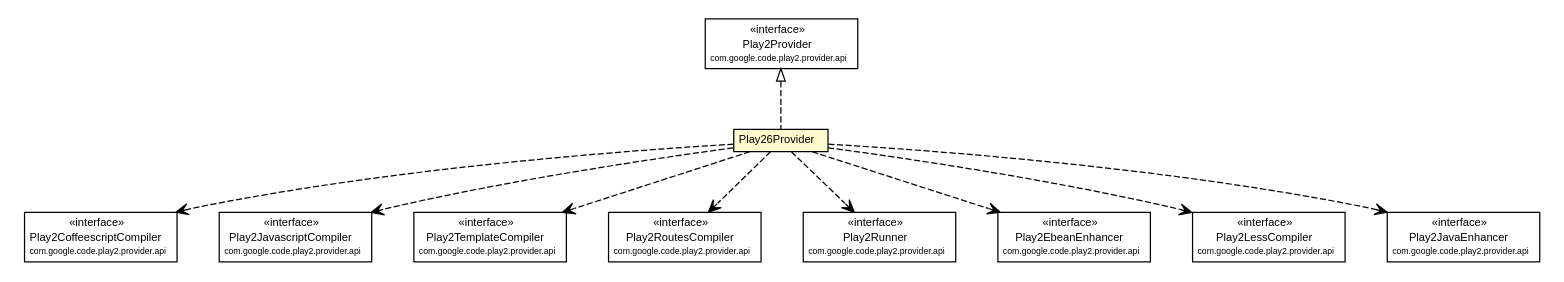
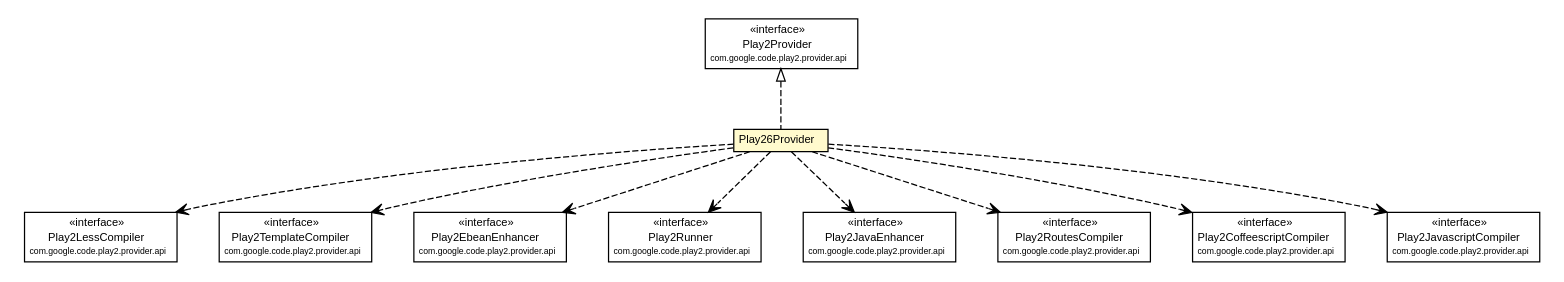
The diagram in play2-maven-plugin/1.0.0-beta7-SNAPSHOT/play2-providers/play2-provider-play26/apidocs/com/google/code/play2/provider/play26/Play26Provider.dot (play2-maven-plugin/play2-maven-plugin.github.io), drawn with Graphviz before and after one commit. The commit also changed 501 other files, not shown here.

```diff
--- a/play2-maven-plugin/1.0.0-beta7-SNAPSHOT/play2-providers/play2-provider-play26/apidocs/com/google/code/play2/provider/play26/Play26Provider.dot
+++ b/play2-maven-plugin/1.0.0-beta7-SNAPSHOT/play2-providers/play2-provider-play26/apidocs/com/google/code/play2/provider/play26/Play26Provider.dot
@@ -1,108 +1,108 @@
 #!/usr/local/bin/dot
 #
 # Class diagram 
 # Generated by UMLGraph version R5_6-24-gf6e263 (http://www.umlgraph.org/)
 #
 
 digraph G {
 	edge [fontname="arial",fontsize=10,labelfontname="arial",labelfontsize=10];
 	node [fontname="arial",fontsize=10,shape=plaintext];
 	nodesep=0.25;
 	ranksep=0.5;
 	// com.google.code.play2.provider.play26.Play26Provider
 	c401 [label=<<table title="com.google.code.play2.provider.play26.Play26Provider" border="0" cellborder="1" cellspacing="0" cellpadding="2" port="p" bgcolor="lemonChiffon" href="./Play26Provider.html">
 		<tr><td><table border="0" cellspacing="0" cellpadding="1">
 <tr><td align="center" balign="center"> Play26Provider </td></tr>
 		</table></td></tr>
 		</table>>, URL="./Play26Provider.html", fontname="arial", fontcolor="black", fontsize=9.0];
 	//com.google.code.play2.provider.play26.Play26Provider implements com.google.code.play2.provider.api.Play2Provider
 	c419:p -> c401:p [dir=back,arrowtail=empty,style=dashed];
+	// com.google.code.play2.provider.play26.Play26Provider DEPEND com.google.code.play2.provider.api.Play2LessCompiler
+	c401:p -> c420:p [taillabel="", label="", headlabel="", fontname="arial", fontcolor="black", fontsize=10.0, color="black", arrowhead=open, style=dashed];
+	// com.google.code.play2.provider.play26.Play26Provider DEPEND com.google.code.play2.provider.api.Play2TemplateCompiler
+	c401:p -> c421:p [taillabel="", label="", headlabel="", fontname="arial", fontcolor="black", fontsize=10.0, color="black", arrowhead=open, style=dashed];
+	// com.google.code.play2.provider.play26.Play26Provider DEPEND com.google.code.play2.provider.api.Play2EbeanEnhancer
+	c401:p -> c422:p [taillabel="", label="", headlabel="", fontname="arial", fontcolor="black", fontsize=10.0, color="black", arrowhead=open, style=dashed];
+	// com.google.code.play2.provider.play26.Play26Provider DEPEND com.google.code.play2.provider.api.Play2Runner
+	c401:p -> c423:p [taillabel="", label="", headlabel="", fontname="arial", fontcolor="black", fontsize=10.0, color="black", arrowhead=open, style=dashed];
+	// com.google.code.play2.provider.play26.Play26Provider DEPEND com.google.code.play2.provider.api.Play2JavaEnhancer
+	c401:p -> c424:p [taillabel="", label="", headlabel="", fontname="arial", fontcolor="black", fontsize=10.0, color="black", arrowhead=open, style=dashed];
+	// com.google.code.play2.provider.play26.Play26Provider DEPEND com.google.code.play2.provider.api.Play2RoutesCompiler
+	c401:p -> c425:p [taillabel="", label="", headlabel="", fontname="arial", fontcolor="black", fontsize=10.0, color="black", arrowhead=open, style=dashed];
 	// com.google.code.play2.provider.play26.Play26Provider DEPEND com.google.code.play2.provider.api.Play2CoffeescriptCompiler
-	c401:p -> c420:p [taillabel="", label="", headlabel="", fontname="arial", fontcolor="black", fontsize=10.0, color="black", arrowhead=open, style=dashed];
+	c401:p -> c426:p [taillabel="", label="", headlabel="", fontname="arial", fontcolor="black", fontsize=10.0, color="black", arrowhead=open, style=dashed];
 	// com.google.code.play2.provider.play26.Play26Provider DEPEND com.google.code.play2.provider.api.Play2JavascriptCompiler
-	c401:p -> c421:p [taillabel="", label="", headlabel="", fontname="arial", fontcolor="black", fontsize=10.0, color="black", arrowhead=open, style=dashed];
-	// com.google.code.play2.provider.play26.Play26Provider DEPEND com.google.code.play2.provider.api.Play2TemplateCompiler
-	c401:p -> c422:p [taillabel="", label="", headlabel="", fontname="arial", fontcolor="black", fontsize=10.0, color="black", arrowhead=open, style=dashed];
-	// com.google.code.play2.provider.play26.Play26Provider DEPEND com.google.code.play2.provider.api.Play2RoutesCompiler
-	c401:p -> c423:p [taillabel="", label="", headlabel="", fontname="arial", fontcolor="black", fontsize=10.0, color="black", arrowhead=open, style=dashed];
-	// com.google.code.play2.provider.play26.Play26Provider DEPEND com.google.code.play2.provider.api.Play2Runner
-	c401:p -> c424:p [taillabel="", label="", headlabel="", fontname="arial", fontcolor="black", fontsize=10.0, color="black", arrowhead=open, style=dashed];
-	// com.google.code.play2.provider.play26.Play26Provider DEPEND com.google.code.play2.provider.api.Play2EbeanEnhancer
-	c401:p -> c425:p [taillabel="", label="", headlabel="", fontname="arial", fontcolor="black", fontsize=10.0, color="black", arrowhead=open, style=dashed];
-	// com.google.code.play2.provider.play26.Play26Provider DEPEND com.google.code.play2.provider.api.Play2LessCompiler
-	c401:p -> c426:p [taillabel="", label="", headlabel="", fontname="arial", fontcolor="black", fontsize=10.0, color="black", arrowhead=open, style=dashed];
-	// com.google.code.play2.provider.play26.Play26Provider DEPEND com.google.code.play2.provider.api.Play2JavaEnhancer
 	c401:p -> c427:p [taillabel="", label="", headlabel="", fontname="arial", fontcolor="black", fontsize=10.0, color="black", arrowhead=open, style=dashed];
 	// com.google.code.play2.provider.api.Play2Provider
 	c419 [label=<<table title="com.google.code.play2.provider.api.Play2Provider" border="0" cellborder="1" cellspacing="0" cellpadding="2" port="p">
 		<tr><td><table border="0" cellspacing="0" cellpadding="1">
 <tr><td align="center" balign="center"> &#171;interface&#187; </td></tr>
 <tr><td align="center" balign="center"> Play2Provider </td></tr>
 <tr><td align="center" balign="center"><font point-size="7.0"> com.google.code.play2.provider.api </font></td></tr>
 		</table></td></tr>
 		</table>>, URL="null", fontname="arial", fontcolor="black", fontsize=9.0];
 	// com.google.code.play2.provider.api.Play2RoutesCompiler
-	c423 [label=<<table title="com.google.code.play2.provider.api.Play2RoutesCompiler" border="0" cellborder="1" cellspacing="0" cellpadding="2" port="p">
+	c425 [label=<<table title="com.google.code.play2.provider.api.Play2RoutesCompiler" border="0" cellborder="1" cellspacing="0" cellpadding="2" port="p">
 		<tr><td><table border="0" cellspacing="0" cellpadding="1">
 <tr><td align="center" balign="center"> &#171;interface&#187; </td></tr>
 <tr><td align="center" balign="center"> Play2RoutesCompiler </td></tr>
 <tr><td align="center" balign="center"><font point-size="7.0"> com.google.code.play2.provider.api </font></td></tr>
 		</table></td></tr>
 		</table>>, URL="null", fontname="arial", fontcolor="black", fontsize=9.0];
 	// com.google.code.play2.provider.api.Play2LessCompiler
-	c426 [label=<<table title="com.google.code.play2.provider.api.Play2LessCompiler" border="0" cellborder="1" cellspacing="0" cellpadding="2" port="p">
+	c420 [label=<<table title="com.google.code.play2.provider.api.Play2LessCompiler" border="0" cellborder="1" cellspacing="0" cellpadding="2" port="p">
 		<tr><td><table border="0" cellspacing="0" cellpadding="1">
 <tr><td align="center" balign="center"> &#171;interface&#187; </td></tr>
 <tr><td align="center" balign="center"> Play2LessCompiler </td></tr>
 <tr><td align="center" balign="center"><font point-size="7.0"> com.google.code.play2.provider.api </font></td></tr>
 		</table></td></tr>
 		</table>>, URL="null", fontname="arial", fontcolor="black", fontsize=9.0];
 	// com.google.code.play2.provider.api.Play2CoffeescriptCompiler
-	c420 [label=<<table title="com.google.code.play2.provider.api.Play2CoffeescriptCompiler" border="0" cellborder="1" cellspacing="0" cellpadding="2" port="p">
+	c426 [label=<<table title="com.google.code.play2.provider.api.Play2CoffeescriptCompiler" border="0" cellborder="1" cellspacing="0" cellpadding="2" port="p">
 		<tr><td><table border="0" cellspacing="0" cellpadding="1">
 <tr><td align="center" balign="center"> &#171;interface&#187; </td></tr>
 <tr><td align="center" balign="center"> Play2CoffeescriptCompiler </td></tr>
 <tr><td align="center" balign="center"><font point-size="7.0"> com.google.code.play2.provider.api </font></td></tr>
 		</table></td></tr>
 		</table>>, URL="null", fontname="arial", fontcolor="black", fontsize=9.0];
 	// com.google.code.play2.provider.api.Play2JavaEnhancer
-	c427 [label=<<table title="com.google.code.play2.provider.api.Play2JavaEnhancer" border="0" cellborder="1" cellspacing="0" cellpadding="2" port="p">
+	c424 [label=<<table title="com.google.code.play2.provider.api.Play2JavaEnhancer" border="0" cellborder="1" cellspacing="0" cellpadding="2" port="p">
 		<tr><td><table border="0" cellspacing="0" cellpadding="1">
 <tr><td align="center" balign="center"> &#171;interface&#187; </td></tr>
 <tr><td align="center" balign="center"> Play2JavaEnhancer </td></tr>
 <tr><td align="center" balign="center"><font point-size="7.0"> com.google.code.play2.provider.api </font></td></tr>
 		</table></td></tr>
 		</table>>, URL="null", fontname="arial", fontcolor="black", fontsize=9.0];
 	// com.google.code.play2.provider.api.Play2TemplateCompiler
-	c422 [label=<<table title="com.google.code.play2.provider.api.Play2TemplateCompiler" border="0" cellborder="1" cellspacing="0" cellpadding="2" port="p">
+	c421 [label=<<table title="com.google.code.play2.provider.api.Play2TemplateCompiler" border="0" cellborder="1" cellspacing="0" cellpadding="2" port="p">
 		<tr><td><table border="0" cellspacing="0" cellpadding="1">
 <tr><td align="center" balign="center"> &#171;interface&#187; </td></tr>
 <tr><td align="center" balign="center"> Play2TemplateCompiler </td></tr>
 <tr><td align="center" balign="center"><font point-size="7.0"> com.google.code.play2.provider.api </font></td></tr>
 		</table></td></tr>
 		</table>>, URL="null", fontname="arial", fontcolor="black", fontsize=9.0];
 	// com.google.code.play2.provider.api.Play2EbeanEnhancer
-	c425 [label=<<table title="com.google.code.play2.provider.api.Play2EbeanEnhancer" border="0" cellborder="1" cellspacing="0" cellpadding="2" port="p">
+	c422 [label=<<table title="com.google.code.play2.provider.api.Play2EbeanEnhancer" border="0" cellborder="1" cellspacing="0" cellpadding="2" port="p">
 		<tr><td><table border="0" cellspacing="0" cellpadding="1">
 <tr><td align="center" balign="center"> &#171;interface&#187; </td></tr>
 <tr><td align="center" balign="center"> Play2EbeanEnhancer </td></tr>
 <tr><td align="center" balign="center"><font point-size="7.0"> com.google.code.play2.provider.api </font></td></tr>
 		</table></td></tr>
 		</table>>, URL="null", fontname="arial", fontcolor="black", fontsize=9.0];
 	// com.google.code.play2.provider.api.Play2JavascriptCompiler
-	c421 [label=<<table title="com.google.code.play2.provider.api.Play2JavascriptCompiler" border="0" cellborder="1" cellspacing="0" cellpadding="2" port="p">
+	c427 [label=<<table title="com.google.code.play2.provider.api.Play2JavascriptCompiler" border="0" cellborder="1" cellspacing="0" cellpadding="2" port="p">
 		<tr><td><table border="0" cellspacing="0" cellpadding="1">
 <tr><td align="center" balign="center"> &#171;interface&#187; </td></tr>
 <tr><td align="center" balign="center"> Play2JavascriptCompiler </td></tr>
 <tr><td align="center" balign="center"><font point-size="7.0"> com.google.code.play2.provider.api </font></td></tr>
 		</table></td></tr>
 		</table>>, URL="null", fontname="arial", fontcolor="black", fontsize=9.0];
 	// com.google.code.play2.provider.api.Play2Runner
-	c424 [label=<<table title="com.google.code.play2.provider.api.Play2Runner" border="0" cellborder="1" cellspacing="0" cellpadding="2" port="p">
+	c423 [label=<<table title="com.google.code.play2.provider.api.Play2Runner" border="0" cellborder="1" cellspacing="0" cellpadding="2" port="p">
 		<tr><td><table border="0" cellspacing="0" cellpadding="1">
 <tr><td align="center" balign="center"> &#171;interface&#187; </td></tr>
 <tr><td align="center" balign="center"> Play2Runner </td></tr>
 <tr><td align="center" balign="center"><font point-size="7.0"> com.google.code.play2.provider.api </font></td></tr>
 		</table></td></tr>
 		</table>>, URL="null", fontname="arial", fontcolor="black", fontsize=9.0];
 }
```
